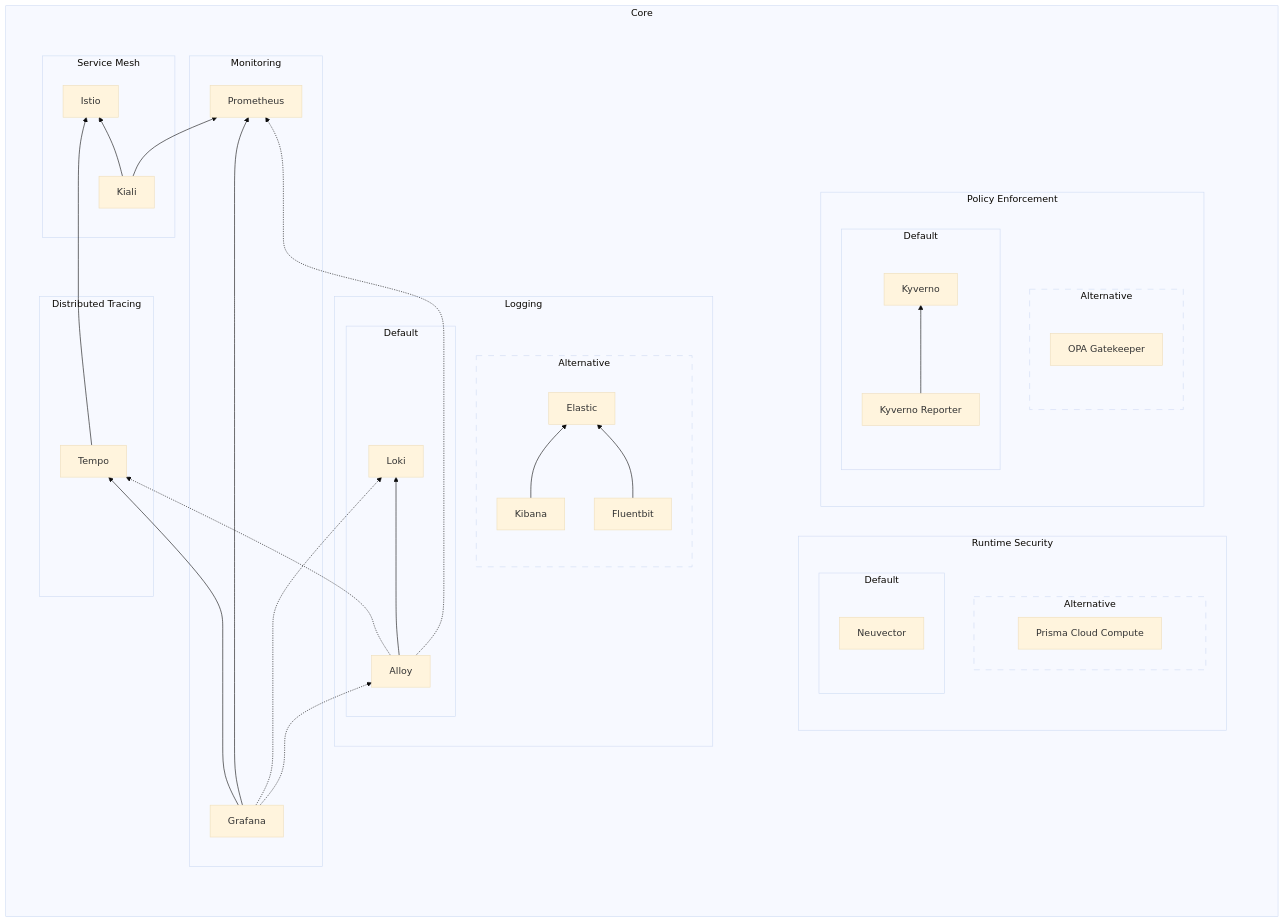
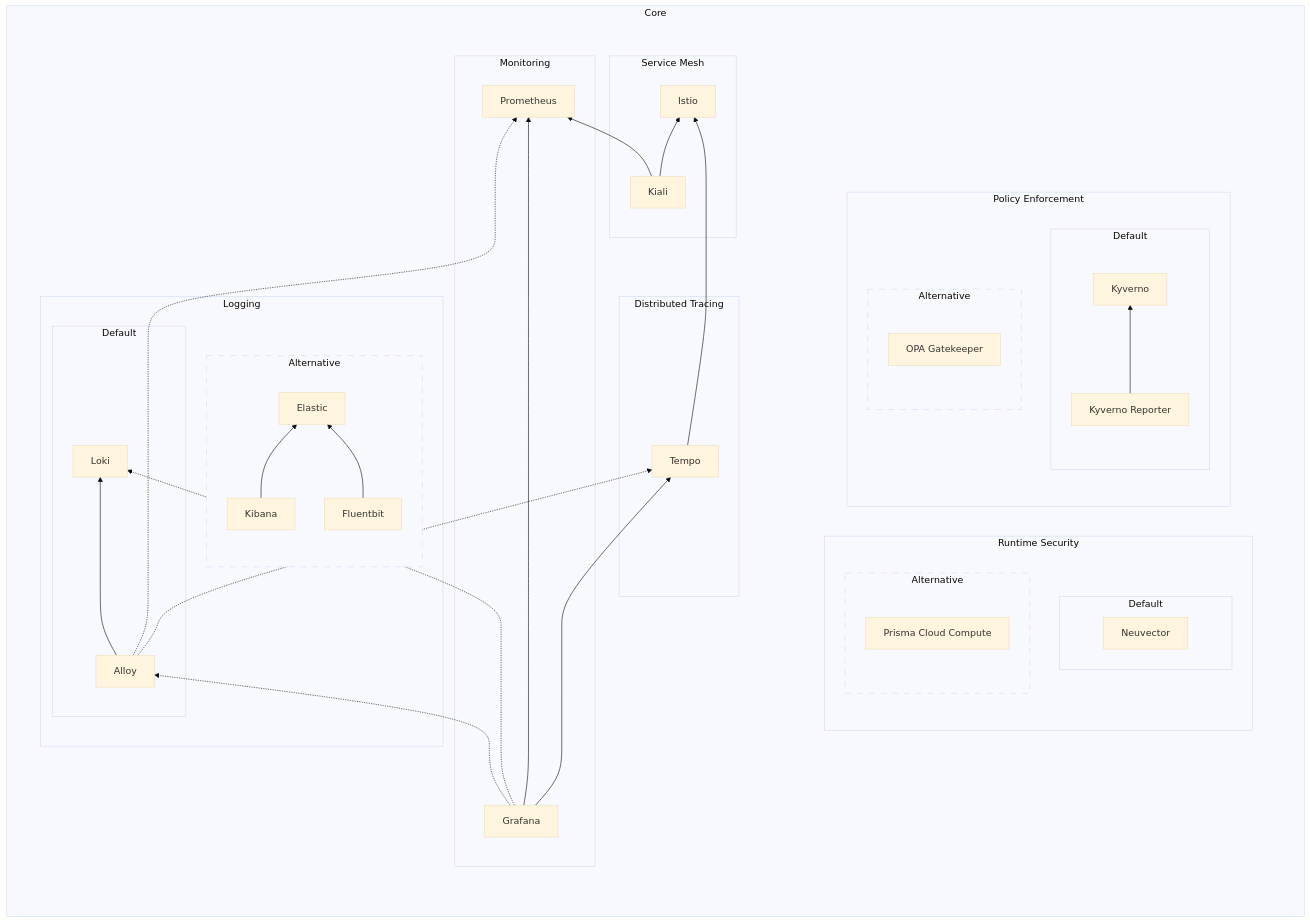
One commit to shebashio/bigbang changed the first of 2 diagrams in docs/understanding-bigbang/package-architecture/README.md. Above: the diagram before and after it, drawn with Mermaid (base theme).

Commit message:
why is it mirrored

```diff
--- a/docs/understanding-bigbang/package-architecture/README.md
+++ b/docs/understanding-bigbang/package-architecture/README.md
@@ -22,26 +22,24 @@
       direction LR
 
       subgraph RS[Runtime Security]
+        subgraph NV[Default]
+          Neuvector[Neuvector]
+        end
         subgraph CC[Alternative]
           style CC stroke-dasharray: 10 10
           Twistlock[Prisma Cloud Compute]
         end
-        subgraph NV[Default]
-          Neuvector[Neuvector]
-        end
       end
 
       subgraph PE[Policy Enforcement]
+        subgraph KyvernoStack[Default]
         direction BT
+          KyvernoReporter[Kyverno Reporter]
+          Kyverno[Kyverno]
+        end
         subgraph CA[Alternative]
           style CA stroke-dasharray: 10 10
-          direction BT
           OPA[OPA Gatekeeper]
-        end
-        subgraph KyvernoStack[Default]
-          direction BT
-          KyvernoReporter[Kyverno Reporter]
-          Kyverno[Kyverno]
         end
       end
 
@@ -54,9 +52,13 @@
       style Group1 fill:transparent,stroke:transparent,color:transparent
       direction BT
 
-      subgraph M[Monitoring]
-        Grafana[Grafana]
-        Prometheus[Prometheus]
+      subgraph SM[Service Mesh]
+        Kiali[Kiali]
+        Istio[Istio]
+      end
+
+      subgraph DT[Distributed Tracing]
+        Tempo[Tempo]
       end
 
       subgraph L[Logging]
@@ -73,13 +75,9 @@
         end
       end
 
-      subgraph DT[Distributed Tracing]
-        Tempo[Tempo]
-      end
-
-      subgraph SM[Service Mesh]
-        Kiali[Kiali]
-        Istio[Istio]
+      subgraph M[Monitoring]
+        Grafana[Grafana]
+        Prometheus[Prometheus]
       end
 
       %% Forces DT subgraph under SM subgraph
```
